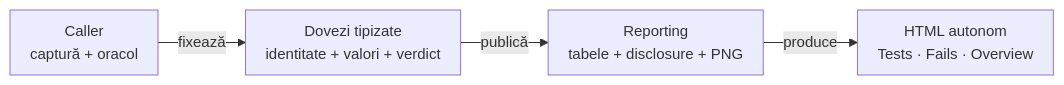
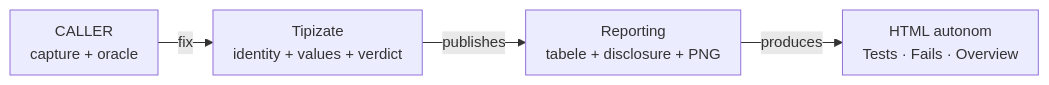
Before and after one commit to crististefanita/atf_j0: the diagram in docs/ATF_Inline_Audit_Contract.md, drawn with Mermaid. The commit also changed other lines of this file and 113 other files, not shown here.

````diff
--- a/docs/ATF_Inline_Audit_Contract.md
+++ b/docs/ATF_Inline_Audit_Contract.md
@@ -18,7 +20,7 @@
 ```mermaid
 %%{init: {"themeVariables":{"fontSize":"15px"},"themeCSS":".nodeLabel, .nodeLabel p { font-size: 15px !important; line-height: 1.35 !important; } .edgeLabel, .edgeLabel p { font-size: 12px !important; font-weight: 400 !important; line-height: 1.2 !important; } .edgeLabel .labelBkg, .edgeLabel p { background: transparent !important; } .edgeLabel foreignObject { transform: translateY(-18px); overflow: visible; } .node rect { rx: 6px; ry: 6px; }","flowchart":{"curve":"linear","nodeSpacing":24,"rankSpacing":40,"padding":10,"diagramPadding":16}}}%%
 flowchart LR
-    Capture["Caller<br/>captură + oracol"] -->|fixează| Facts["Dovezi tipizate<br/>identitate + valori + verdict"]
-    Facts -->|publică| Ports["Reporting<br/>tabele + disclosure + PNG"]
-    Ports -->|produce| Html["HTML autonom<br/>Tests · Fails · Overview"]
+    Capture["CALLER<br/>capture + oracle"] -->|fix| Facts["Tipizate<br/>identity + values + verdict"]
+    Facts -->|publishes| Ports["Reporting <br/>tabele + disclosure + PNG"]
+    Ports -->|produces| Html["HTML autonom<br/>Tests · Fails · Overview"]
 ```
````
